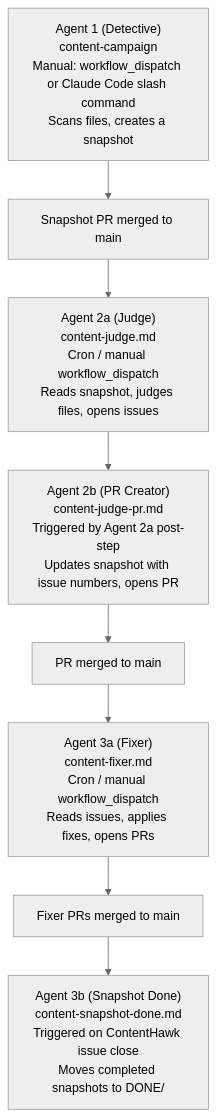
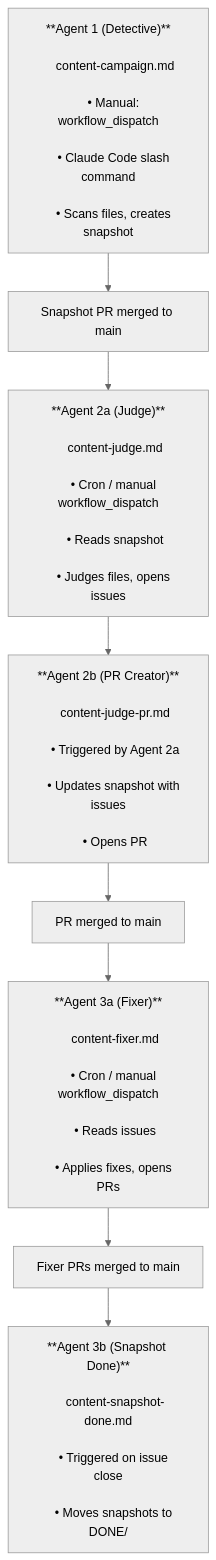
The diagram in .github/ContentHawk/README.md (SSWConsulting/SSW.Rules.Content), drawn with Mermaid (neutral theme) before and after one commit.

Commit message:
Fixed rendering errors in mermaid chart

````diff
--- a/.github/ContentHawk/README.md
+++ b/.github/ContentHawk/README.md
@@ -7,35 +7,39 @@
 ```mermaid
 flowchart TD
-    A["Agent 1 (Detective)
-content-campaign
-Manual: workflow_dispatch or Claude Code slash command
-Scans files, creates a snapshot"]
+    A["**Agent 1 (Detective)**<br/>
+    content-campaign.md<br/>
+    • Manual: workflow_dispatch<br/>
+    • Claude Code slash command<br/>
+    • Scans files, creates snapshot"]
 
     B["Snapshot PR merged to main"]
 
-    C["Agent 2a (Judge)
-content-judge.md
-Cron / manual workflow_dispatch
-Reads snapshot, judges files, opens issues"]
+    C["**Agent 2a (Judge)**<br/>
+    content-judge.md<br/>
+    • Cron / manual workflow_dispatch<br/>
+    • Reads snapshot<br/>
+    • Judges files, opens issues"]
 
-    D["Agent 2b (PR Creator)
-content-judge-pr.md
-Triggered by Agent 2a post-step
-Updates snapshot with issue numbers, opens PR"]
+    D["**Agent 2b (PR Creator)**<br/>
+    content-judge-pr.md<br/>
+    • Triggered by Agent 2a<br/>
+    • Updates snapshot with issues<br/>
+    • Opens PR"]
 
     E["PR merged to main"]
 
-    F["Agent 3a (Fixer)
-content-fixer.md
-Cron / manual workflow_dispatch
-Reads issues, applies fixes, opens PRs"]
+    F["**Agent 3a (Fixer)**<br/>
+    content-fixer.md<br/>
+    • Cron / manual workflow_dispatch<br/>
+    • Reads issues<br/>
+    • Applies fixes, opens PRs"]
 
     G["Fixer PRs merged to main"]
 
-    H["Agent 3b (Snapshot Done)
-content-snapshot-done.md
-Triggered on ContentHawk issue close
-Moves completed snapshots to DONE/"]
+    H["**Agent 3b (Snapshot Done)**<br/>
+    content-snapshot-done.md<br/>
+    • Triggered on issue close<br/>
+    • Moves snapshots to DONE/"]
 
     A --> B --> C --> D --> E --> F --> G --> H
 ```
````
